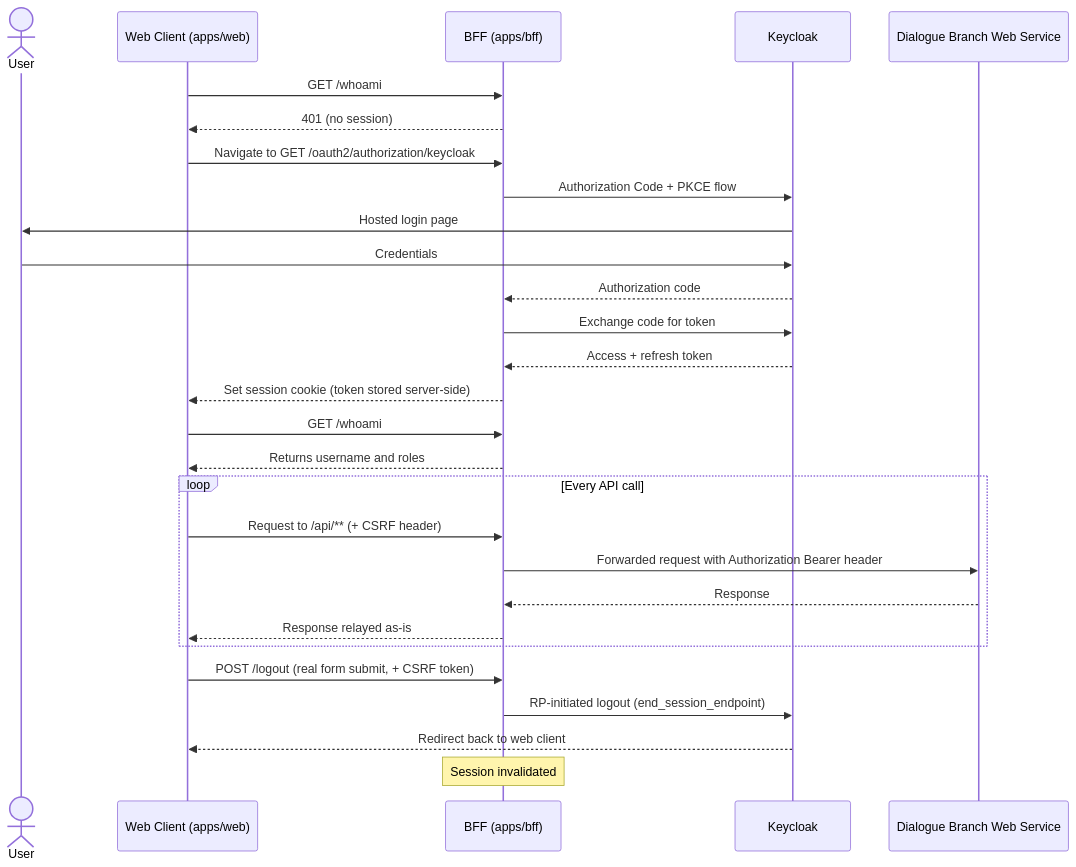
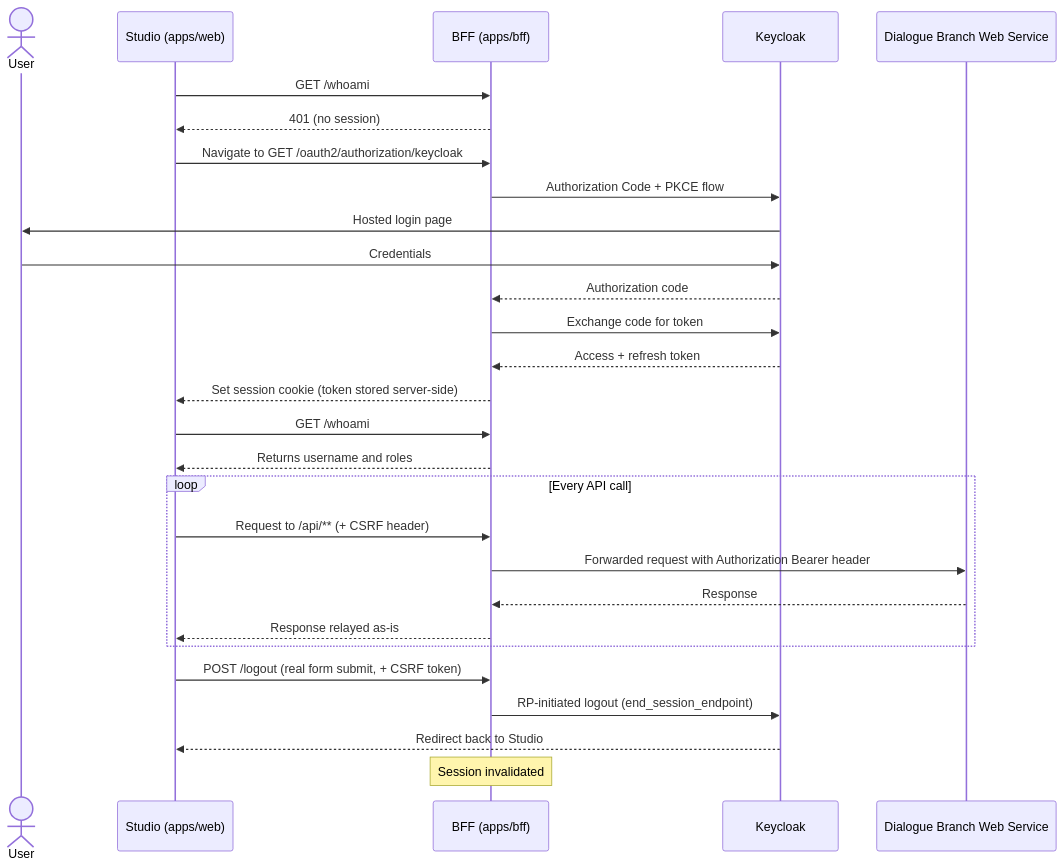
The second of 3 diagrams in documentation/vitepress/docs/web-services/authentication.md (dialoguebranch/platform), drawn with Mermaid before and after one commit. The commit also changed other lines of this file and 19 other files, not shown here.

````diff
--- a/documentation/vitepress/docs/web-services/authentication.md
+++ b/documentation/vitepress/docs/web-services/authentication.md
@@ -60,34 +58,34 @@
 ```mermaid
 sequenceDiagram
     actor User
-    participant Browser as Web Client (apps/web)
+    participant Browser as Studio (apps/web)
     participant BFF as BFF (apps/bff)
     participant Keycloak
     participant API as Dialogue Branch Web Service
 
     Browser->>BFF: GET /whoami
     BFF-->>Browser: 401 (no session)
     Browser->>BFF: Navigate to GET /oauth2/authorization/keycloak
     BFF->>Keycloak: Authorization Code + PKCE flow
     Keycloak->>User: Hosted login page
     User->>Keycloak: Credentials
     Keycloak-->>BFF: Authorization code
     BFF->>Keycloak: Exchange code for token
     Keycloak-->>BFF: Access + refresh token
     BFF-->>Browser: Set session cookie (token stored server-side)
 
     Browser->>BFF: GET /whoami
     BFF-->>Browser: Returns username and roles
 
     loop Every API call
         Browser->>BFF: Request to /api/** (+ CSRF header)
         BFF->>API: Forwarded request with Authorization Bearer header
         API-->>BFF: Response
         BFF-->>Browser: Response relayed as-is
     end
 
     Browser->>BFF: POST /logout (real form submit, + CSRF token)
     BFF->>Keycloak: RP-initiated logout (end_session_endpoint)
-    Keycloak-->>Browser: Redirect back to web client
+    Keycloak-->>Browser: Redirect back to Studio
     Note over BFF: Session invalidated
 ```
````
